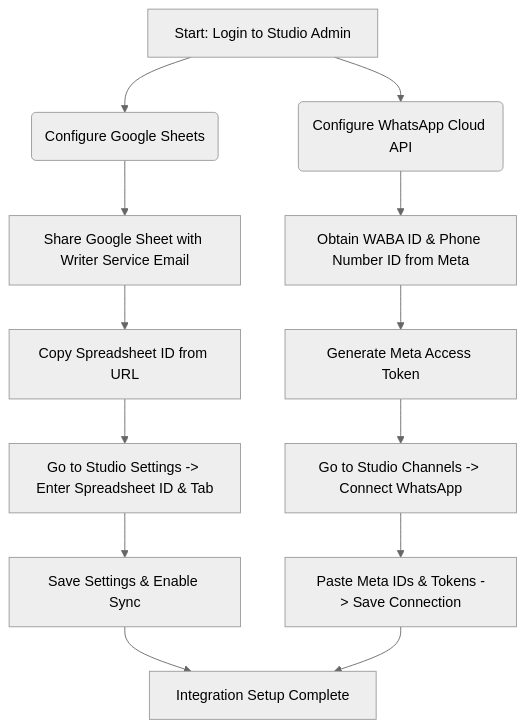
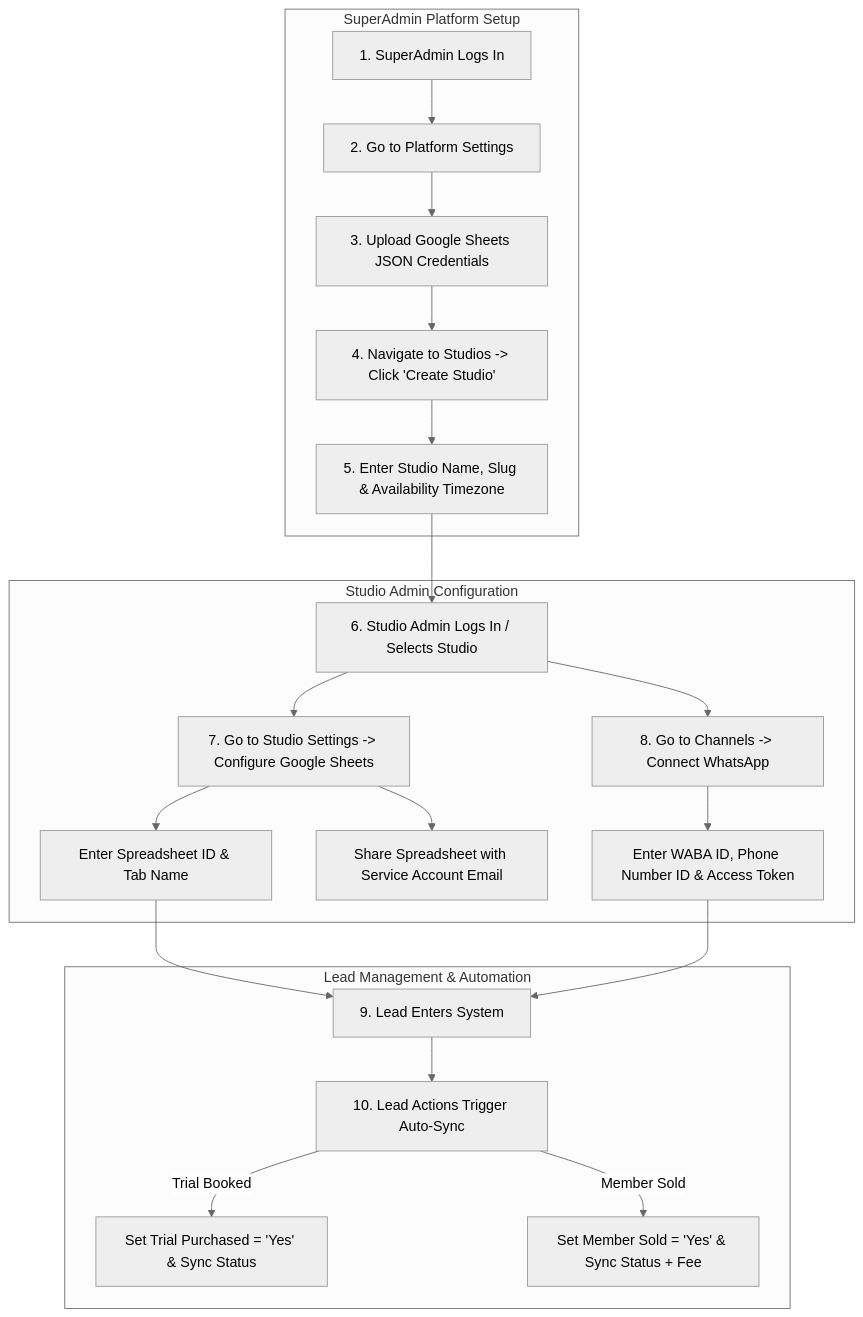
Before and after one commit to Puneethgm/studiox: the diagram in docs/CLIENT_USER_MANUAL.md, drawn with Mermaid (neutral theme). The commit also changed other lines of this file, not shown here.

Commit message:
docs: update client user manual with full end-to-end superadmin and studio admin setup flow

````diff
--- a/docs/CLIENT_USER_MANUAL.md
+++ b/docs/CLIENT_USER_MANUAL.md
@@ -11,18 +11,29 @@
 ```mermaid
 graph TD
-    A[Start: Login to Studio Admin] --> B(Configure Google Sheets)
-    A --> C(Configure WhatsApp Cloud API)
-    
-    B --> B1[Share Google Sheet with Writer Service Email]
-    B1 --> B2[Copy Spreadsheet ID from URL]
-    B2 --> B3[Go to Studio Settings -> Enter Spreadsheet ID & Tab]
-    B3 --> B4[Save Settings & Enable Sync]
-    
-    C --> C1[Obtain WABA ID & Phone Number ID from Meta]
-    C1 --> C2[Generate Meta Access Token]
-    C2 --> C3[Go to Studio Channels -> Connect WhatsApp]
-    C3 --> C4[Paste Meta IDs & Tokens -> Save Connection]
-    
-    B4 --> D[Integration Setup Complete]
-    C4 --> D
+    %% Roles & Platform Initialization
+    subgraph SuperAdmin Platform Setup
+        SA_Start[1. SuperAdmin Logs In] --> SA_Settings[2. Go to Platform Settings]
+        SA_Settings --> SA_Creds[3. Upload Google Sheets JSON Credentials]
+        SA_Creds --> SA_Studio[4. Navigate to Studios -> Click 'Create Studio']
+        SA_Studio --> SA_Fields[5. Enter Studio Name, Slug & Availability Timezone]
+    end
+
+    %% Studio Onboarding
+    subgraph Studio Admin Configuration
+        SA_Fields --> ST_Start[6. Studio Admin Logs In / Selects Studio]
+        ST_Start --> ST_Sheets[7. Go to Studio Settings -> Configure Google Sheets]
+        ST_Sheets --> ST_SheetID[Enter Spreadsheet ID & Tab Name]
+        ST_Sheets --> ST_Share[Share Spreadsheet with Service Account Email]
+        ST_Start --> ST_Meta[8. Go to Channels -> Connect WhatsApp]
+        ST_Meta --> ST_MetaFields[Enter WABA ID, Phone Number ID & Access Token]
+    end
+
+    %% Operations
+    subgraph Lead Management & Automation
+        ST_SheetID --> Lead_Flow[9. Lead Enters System]
+        ST_MetaFields --> Lead_Flow
+        Lead_Flow --> Lead_Action[10. Lead Actions Trigger Auto-Sync]
+        Lead_Action -->|Trial Booked| Lead_Book[Set Trial Purchased = 'Yes' & Sync Status]
+        Lead_Action -->|Member Sold| Lead_Mem[Set Member Sold = 'Yes' & Sync Status + Fee]
+    end
 ```
````
